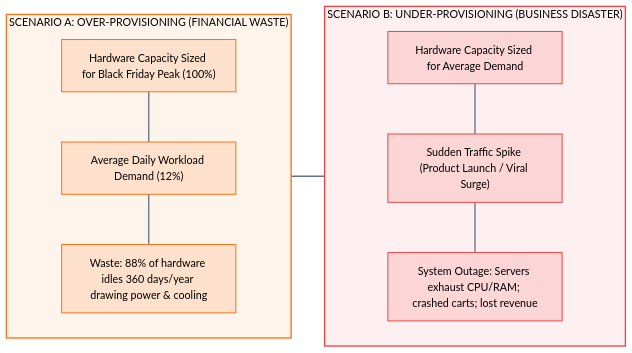
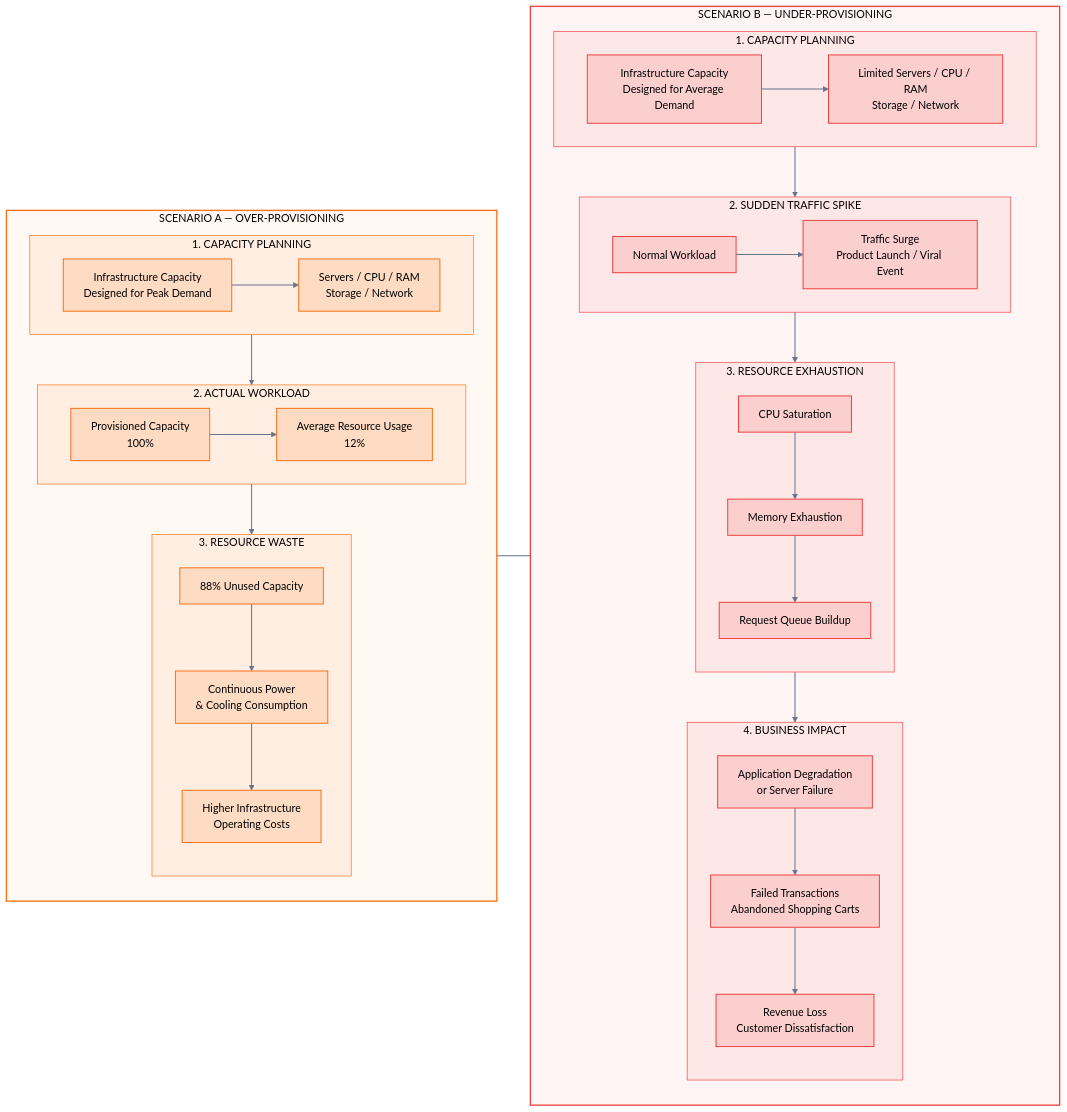
Before and after one commit to vikram-interloid/cloud-engineering: the fourth of 5 diagrams in 00-Foundations/01-cloud-computing/03_Traditional_Data_Center_Architecture.md, drawn with Mermaid. The commit also changed other lines of this file and 18 other files, not shown here.

````diff
--- a/00-Foundations/01-cloud-computing/03_Traditional_Data_Center_Architecture.md
+++ b/00-Foundations/01-cloud-computing/03_Traditional_Data_Center_Architecture.md
@@ -210,31 +342,110 @@
 ```mermaid
+
 flowchart LR
-    subgraph OVERPROV["SCENARIO A: OVER-PROVISIONING (FINANCIAL WASTE)"]
+
+    %% ==========================================
+    %% SCENARIO A — OVER PROVISIONING
+    %% ==========================================
+
+    subgraph OVERPROV["SCENARIO A — OVER-PROVISIONING"]
         direction TB
-        O_CAP["Hardware Capacity Sized for Black Friday Peak (100%)"]
-        O_ACT["Average Daily Workload Demand (12%)"]
-        O_GAP["Waste: 88% of hardware idles 360 days/year drawing power & cooling"]
-        O_CAP --- O_ACT --- O_GAP
+
+        subgraph O_CAPACITY["1. CAPACITY PLANNING"]
+            direction LR
+            O_PEAK["Infrastructure Capacity<br/>Designed for Peak Demand"]
+            O_HARDWARE["Servers / CPU / RAM<br/>Storage / Network"]
+            O_PEAK --> O_HARDWARE
+        end
+
+        subgraph O_WORKLOAD["2. ACTUAL WORKLOAD"]
+            direction LR
+            O_MAX["Provisioned Capacity<br/>100%"]
+            O_USAGE["Average Resource Usage<br/>12%"]
+            O_MAX --> O_USAGE
+        end
+
+        subgraph O_IMPACT["3. RESOURCE WASTE"]
+            direction TB
+            O_IDLE["88% Unused Capacity"]
+            O_POWER["Continuous Power<br/>& Cooling Consumption"]
+            O_COST["Higher Infrastructure<br/>Operating Costs"]
+            O_IDLE --> O_POWER --> O_COST
+        end
+
+        O_HARDWARE --> O_MAX
+        O_USAGE --> O_IDLE
     end
 
-    subgraph UNDERPROV["SCENARIO B: UNDER-PROVISIONING (BUSINESS DISASTER)"]
+    %% ==========================================
+    %% SCENARIO B — UNDER PROVISIONING
+    %% ==========================================
+
+    subgraph UNDERPROV["SCENARIO B — UNDER-PROVISIONING"]
         direction TB
-        U_CAP["Hardware Capacity Sized for Average Demand"]
-        U_SPIKE["Sudden Traffic Spike (Product Launch / Viral Surge)"]
-        U_CRASH["System Outage: Servers exhaust CPU/RAM; crashed carts; lost revenue"]
-        U_CAP --- U_SPIKE --- U_CRASH
+
+        subgraph U_CAPACITY["1. CAPACITY PLANNING"]
+            direction LR
+            U_AVG["Infrastructure Capacity<br/>Designed for Average Demand"]
+            U_HARDWARE["Limited Servers / CPU / RAM<br/>Storage / Network"]
+            U_AVG --> U_HARDWARE
+        end
+
+        subgraph U_WORKLOAD["2. SUDDEN TRAFFIC SPIKE"]
+            direction LR
+            U_NORMAL["Normal Workload"]
+            U_SPIKE["Traffic Surge<br/>Product Launch / Viral Event"]
+            U_NORMAL --> U_SPIKE
+        end
+
+        subgraph U_IMPACT["3. RESOURCE EXHAUSTION"]
+            direction TB
+            U_CPU["CPU Saturation"]
+            U_RAM["Memory Exhaustion"]
+            U_QUEUE["Request Queue Buildup"]
+            U_CPU --> U_RAM --> U_QUEUE
+        end
+
+        subgraph U_FAILURE["4. BUSINESS IMPACT"]
+            direction TB
+            U_CRASH["Application Degradation<br/>or Server Failure"]
+            U_CART["Failed Transactions<br/>Abandoned Shopping Carts"]
+            U_REVENUE["Revenue Loss<br/>Customer Dissatisfaction"]
+            U_CRASH --> U_CART --> U_REVENUE
+        end
+
+        U_HARDWARE --> U_NORMAL
+        U_SPIKE --> U_CPU
+        U_QUEUE --> U_CRASH
     end
+
+    %% ==========================================
+    %% COMPARISON
+    %% ==========================================
 
     OVERPROV ~~~ UNDERPROV
 
-    style OVERPROV fill:#f97316,fill-opacity:0.08,stroke:#f97316,stroke-width:2px,color:inherit
-    style UNDERPROV fill:#ef4444,fill-opacity:0.08,stroke:#ef4444,stroke-width:2px,color:inherit
+    %% ==========================================
+    %% STYLING
+    %% ==========================================
 
-    classDef ovNode fill:#f97316,fill-opacity:0.15,stroke:#f97316,stroke-width:1.5px,color:inherit
-    class O_CAP,O_ACT,O_GAP ovNode
+    style OVERPROV fill:#f97316,fill-opacity:0.05,stroke:#f97316,stroke-width:2px,color:inherit
+    style UNDERPROV fill:#ef4444,fill-opacity:0.05,stroke:#ef4444,stroke-width:2px,color:inherit
 
-    classDef unNode fill:#ef4444,fill-opacity:0.15,stroke:#ef4444,stroke-width:1.5px,color:inherit
-    class U_CAP,U_SPIKE,U_CRASH unNode
+    style O_CAPACITY fill:#f97316,fill-opacity:0.08,stroke:#f97316,color:inherit
+    style O_WORKLOAD fill:#f97316,fill-opacity:0.08,stroke:#f97316,color:inherit
+    style O_IMPACT fill:#f97316,fill-opacity:0.08,stroke:#f97316,color:inherit
 
-    linkStyle default stroke:#64748b,stroke-width:2px
+    style U_CAPACITY fill:#ef4444,fill-opacity:0.08,stroke:#ef4444,color:inherit
+    style U_WORKLOAD fill:#ef4444,fill-opacity:0.08,stroke:#ef4444,color:inherit
+    style U_IMPACT fill:#ef4444,fill-opacity:0.08,stroke:#ef4444,color:inherit
+    style U_FAILURE fill:#ef4444,fill-opacity:0.08,stroke:#ef4444,color:inherit
+
+    classDef overNode fill:#f97316,fill-opacity:0.15,stroke:#f97316,stroke-width:1.5px,color:inherit
+    classDef underNode fill:#ef4444,fill-opacity:0.15,stroke:#ef4444,stroke-width:1.5px,color:inherit
+
+    class O_PEAK,O_HARDWARE,O_MAX,O_USAGE,O_IDLE,O_POWER,O_COST overNode
+    class U_AVG,U_HARDWARE,U_NORMAL,U_SPIKE,U_CPU,U_RAM,U_QUEUE,U_CRASH,U_CART,U_REVENUE underNode
+
+    linkStyle default stroke:#64748b,stroke-width:1.5px
+
 ```
````
